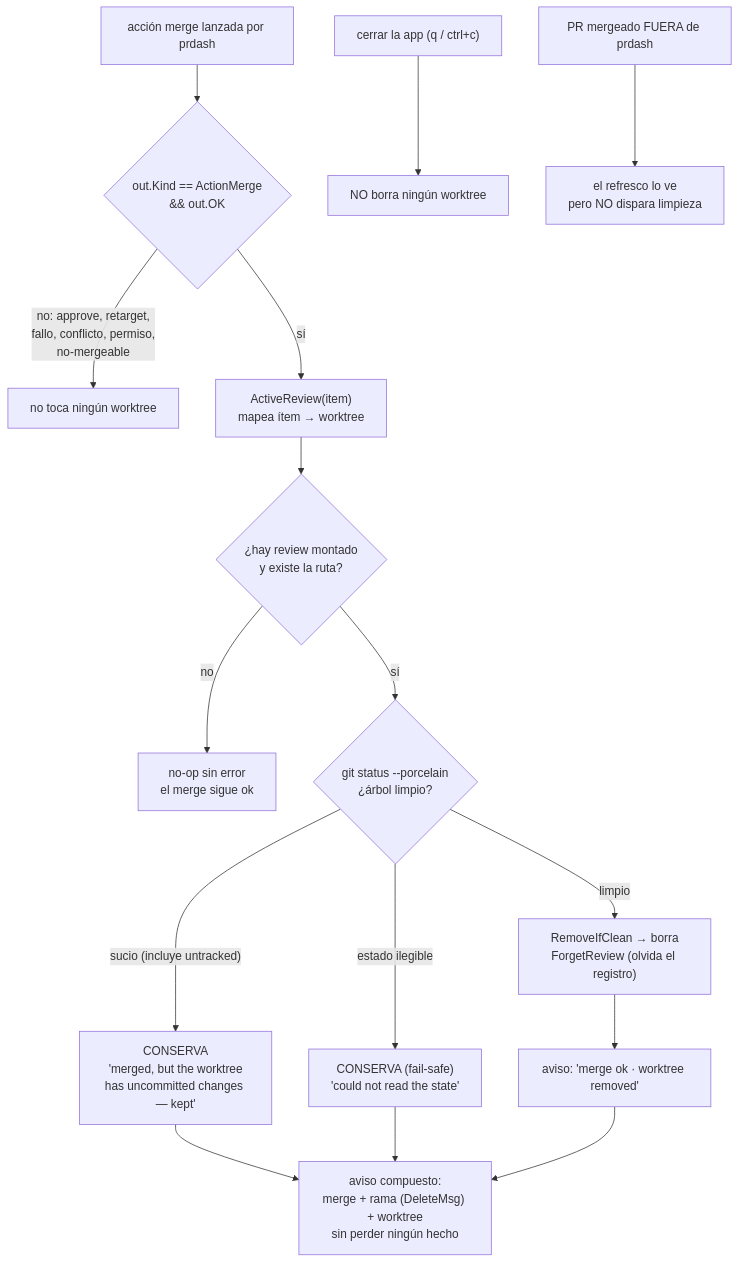
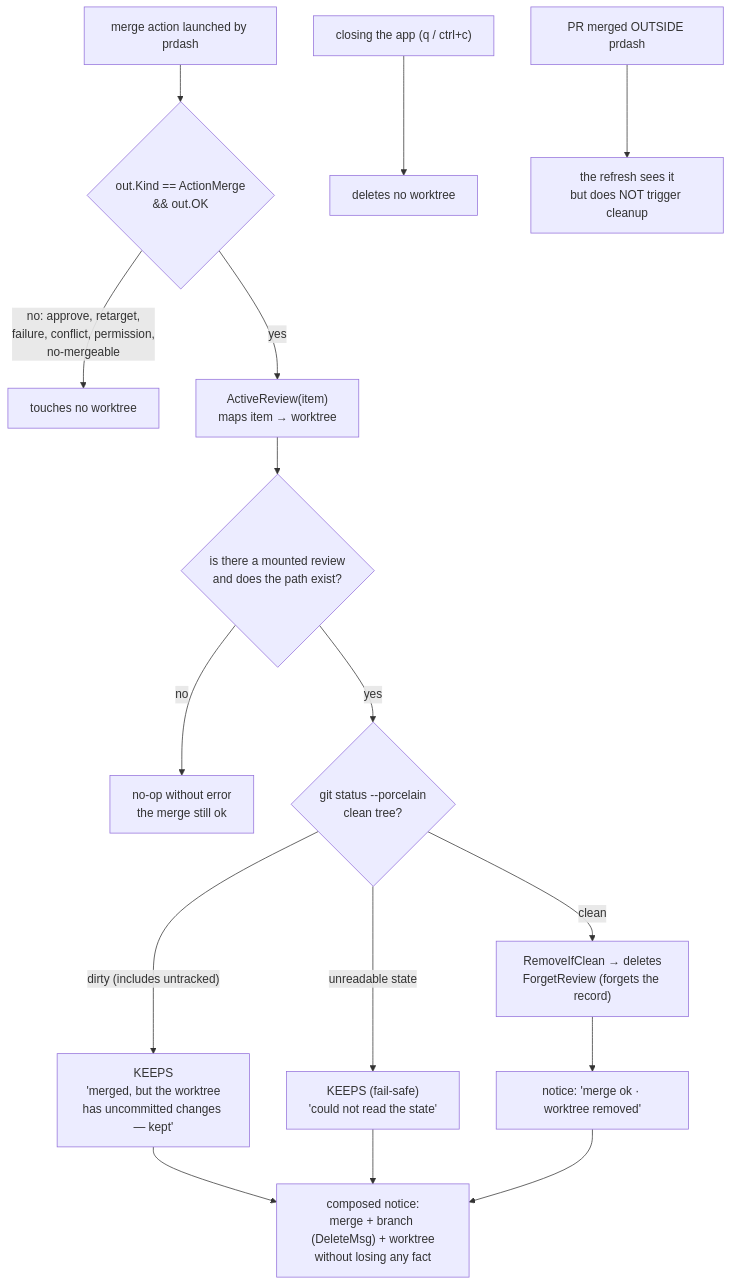
Before and after one commit to Sovengar/prdash: the second of 3 diagrams in docs/planning/archive/0004-worktrees-cleanup/diagrams/feature-flow.md, drawn with Mermaid. The commit also changed other lines of this file and 331 other files, not shown here.

````diff
--- a/docs/planning/archive/0004-worktrees-cleanup/diagrams/feature-flow.md
+++ b/docs/planning/archive/0004-worktrees-cleanup/diagrams/feature-flow.md
@@ -26,19 +26,19 @@
 ```mermaid
 flowchart TD
-  B0["acción merge lanzada por prdash"] --> B1{"out.Kind == ActionMerge<br/>&& out.OK"}
-  B1 -- "no: approve, retarget,<br/>fallo, conflicto, permiso,<br/>no-mergeable" --> B2["no toca ningún worktree"]
-  B1 -- "sí" --> B3["ActiveReview(item)<br/>mapea ítem → worktree"]
-  B3 --> B4{"¿hay review montado<br/>y existe la ruta?"}
-  B4 -- "no" --> B5["no-op sin error<br/>el merge sigue ok"]
-  B4 -- "sí" --> B6{"git status --porcelain<br/>¿árbol limpio?"}
-  B6 -- "sucio (incluye untracked)" --> BKEEP["CONSERVA<br/>'merged, but the worktree<br/>has uncommitted changes — kept'"]
-  B6 -- "estado ilegible" --> BKEEP2["CONSERVA (fail-safe)<br/>'could not read the state'"]
-  B6 -- "limpio" --> B7["RemoveIfClean → borra<br/>ForgetReview (olvida el registro)"]
-  B7 --> B8["aviso: 'merge ok · worktree removed'"]
-  BKEEP --> BNOTICE["aviso compuesto:<br/>merge + rama (DeleteMsg) + worktree<br/>sin perder ningún hecho"]
+  B0["merge action launched by prdash"] --> B1{"out.Kind == ActionMerge<br/>&& out.OK"}
+  B1 -- "no: approve, retarget,<br/>failure, conflict, permission,<br/>no-mergeable" --> B2["touches no worktree"]
+  B1 -- "yes" --> B3["ActiveReview(item)<br/>maps item → worktree"]
+  B3 --> B4{"is there a mounted review<br/>and does the path exist?"}
+  B4 -- "no" --> B5["no-op without error<br/>the merge still ok"]
+  B4 -- "yes" --> B6{"git status --porcelain<br/>clean tree?"}
+  B6 -- "dirty (includes untracked)" --> BKEEP["KEEPS<br/>'merged, but the worktree<br/>has uncommitted changes — kept'"]
+  B6 -- "unreadable state" --> BKEEP2["KEEPS (fail-safe)<br/>'could not read the state'"]
+  B6 -- "clean" --> B7["RemoveIfClean → deletes<br/>ForgetReview (forgets the record)"]
+  B7 --> B8["notice: 'merge ok · worktree removed'"]
+  BKEEP --> BNOTICE["composed notice:<br/>merge + branch (DeleteMsg) + worktree<br/>without losing any fact"]
   BKEEP2 --> BNOTICE
   B8 --> BNOTICE
 
-  BQ["cerrar la app (q / ctrl+c)"] --> BQ1["NO borra ningún worktree"]
-  BF["PR mergeado FUERA de prdash"] --> BF1["el refresco lo ve<br/>pero NO dispara limpieza"]
+  BQ["closing the app (q / ctrl+c)"] --> BQ1["deletes no worktree"]
+  BF["PR merged OUTSIDE prdash"] --> BF1["the refresh sees it<br/>but does NOT trigger cleanup"]
 ```
````
